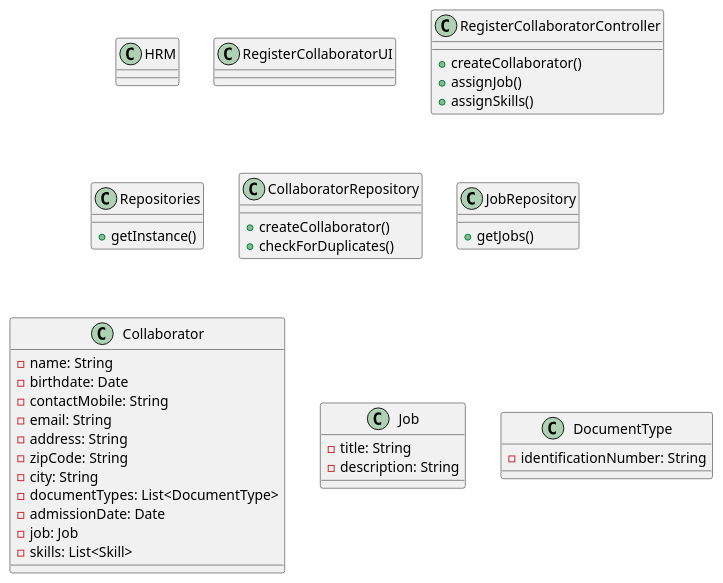
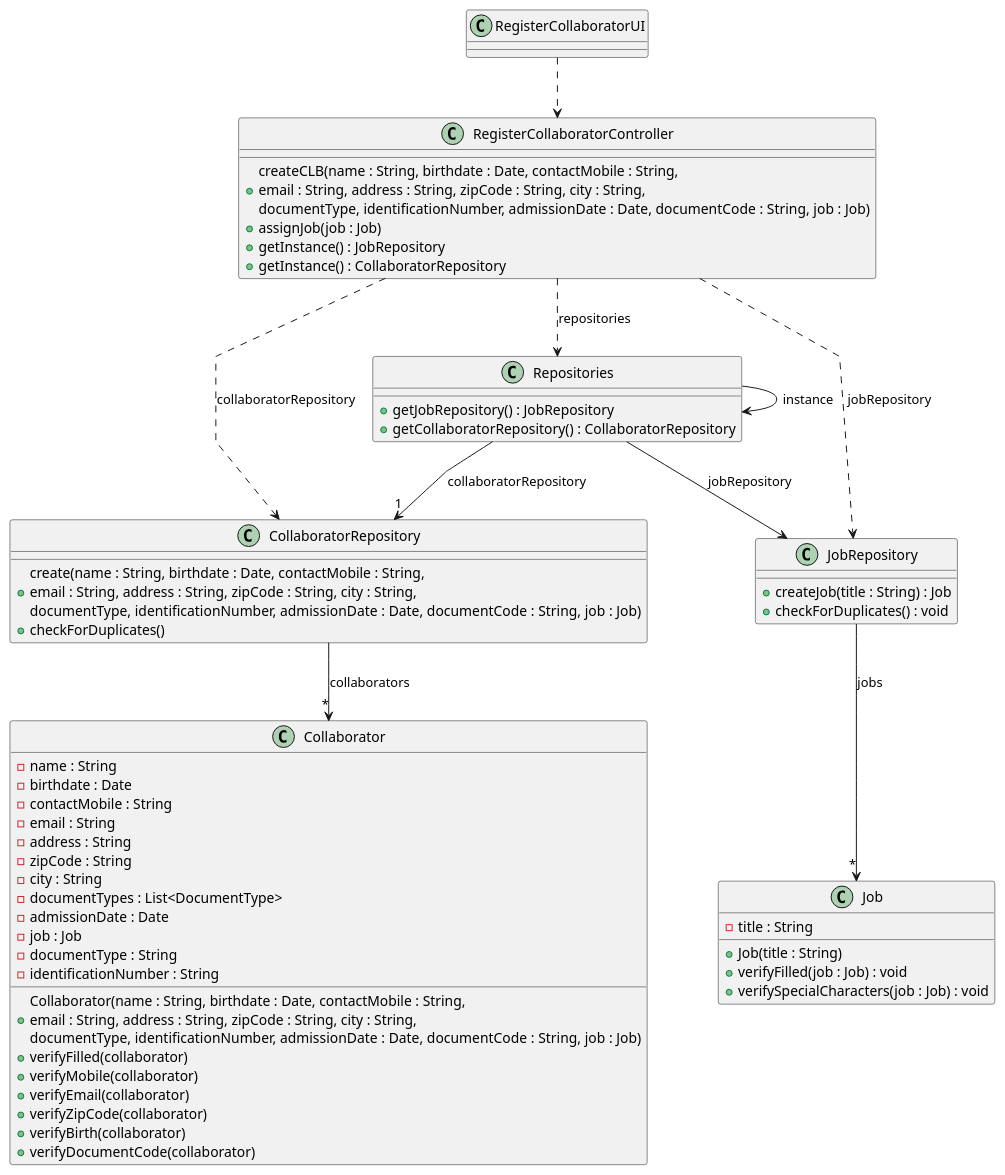
Before and after one commit to ricardomm7/leaflink: the diagram in docs/sprintB/us003/03.design/puml/us003-class-diagram.puml, drawn with PlantUML. The commit also changed 1 other file, not shown here.

Commit message:
LFC2-145 <Started design readme and class diagram.>

```diff
--- a/docs/sprintB/us003/03.design/puml/us003-class-diagram.puml
+++ b/docs/sprintB/us003/03.design/puml/us003-class-diagram.puml
@@ -1,54 +1,75 @@
 @startuml
 skinparam packageStyle rectangle
 skinparam shadowing false
 skinparam linetype polyline
 
-class HRM {
-}
+'left to right direction
 
 class RegisterCollaboratorUI {
 }
 
 class RegisterCollaboratorController {
-    + createCollaborator()
-    + assignJob()
-    + assignSkills()
+    + createCLB(name : String, birthdate : Date, contactMobile : String,\nemail : String, address : String, zipCode : String, city : String,\ndocumentType, identificationNumber, admissionDate : Date, documentCode : String, job : Job)
+    + assignJob(job : Job)
+    + getInstance() : JobRepository
+    + getInstance() : CollaboratorRepository
+
 }
 
 class Repositories {
-    + getInstance()
+    +getJobRepository() : JobRepository
+    +getCollaboratorRepository() : CollaboratorRepository
 }
 
 class CollaboratorRepository {
-    + createCollaborator()
+    + create(name : String, birthdate : Date, contactMobile : String,\nemail : String, address : String, zipCode : String, city : String,\ndocumentType, identificationNumber, admissionDate : Date, documentCode : String, job : Job)
     + checkForDuplicates()
 }
 
 class JobRepository {
-    + getJobs()
+    +createJob(title : String) : Job
+    +checkForDuplicates() : void
 }
 
 class Collaborator {
-    - name: String
-    - birthdate: Date
-    - contactMobile: String
-    - email: String
-    - address: String
-    - zipCode: String
-    - city: String
-    - documentTypes: List<DocumentType>
-    - admissionDate: Date
-    - job: Job
-    - skills: List<Skill>
+    - name : String
+    - birthdate : Date
+    - contactMobile : String
+    - email : String
+    - address : String
+    - zipCode : String
+    - city : String
+    - documentTypes : List<DocumentType>
+    - admissionDate : Date
+    - job : Job
+    + Collaborator(name : String, birthdate : Date, contactMobile : String,\nemail : String, address : String, zipCode : String, city : String,\ndocumentType, identificationNumber, admissionDate : Date, documentCode : String, job : Job)
+    + verifyFilled(collaborator)
+    + verifyMobile(collaborator)
+    + verifyEmail(collaborator)
+    + verifyZipCode(collaborator)
+    + verifyBirth(collaborator)
+    + verifyDocumentCode(collaborator)
+    - documentType : String
+    - identificationNumber : String
 }
 
 class Job {
-    - title: String
-    - description: String
+    - title : String
+    + Job(title : String)
+    +verifyFilled(job : Job) : void
+    +verifySpecialCharacters(job : Job) : void
 }
 
-class DocumentType {
-    - identificationNumber: String
-}
+
+
+RegisterCollaboratorUI ..> RegisterCollaboratorController
+RegisterCollaboratorController ..> Repositories : repositories
+Repositories --> Repositories : instance
+Repositories --> JobRepository : jobRepository
+Repositories --> "1"CollaboratorRepository : collaboratorRepository
+CollaboratorRepository --> "*" Collaborator : collaborators
+RegisterCollaboratorController ..> CollaboratorRepository : collaboratorRepository
+RegisterCollaboratorController ..> JobRepository : jobRepository
+JobRepository --> "*" Job : jobs
 
 @enduml
```
